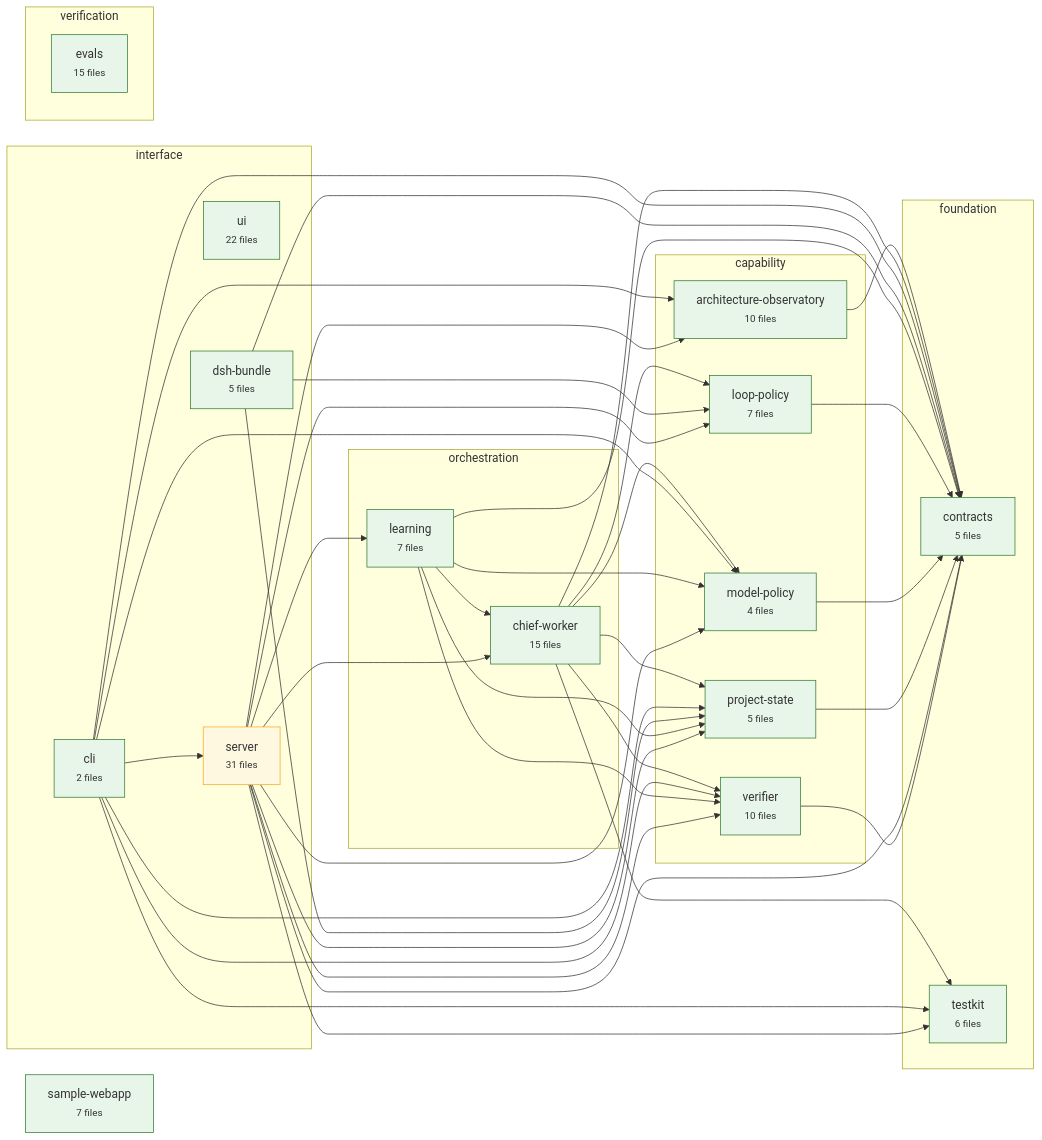
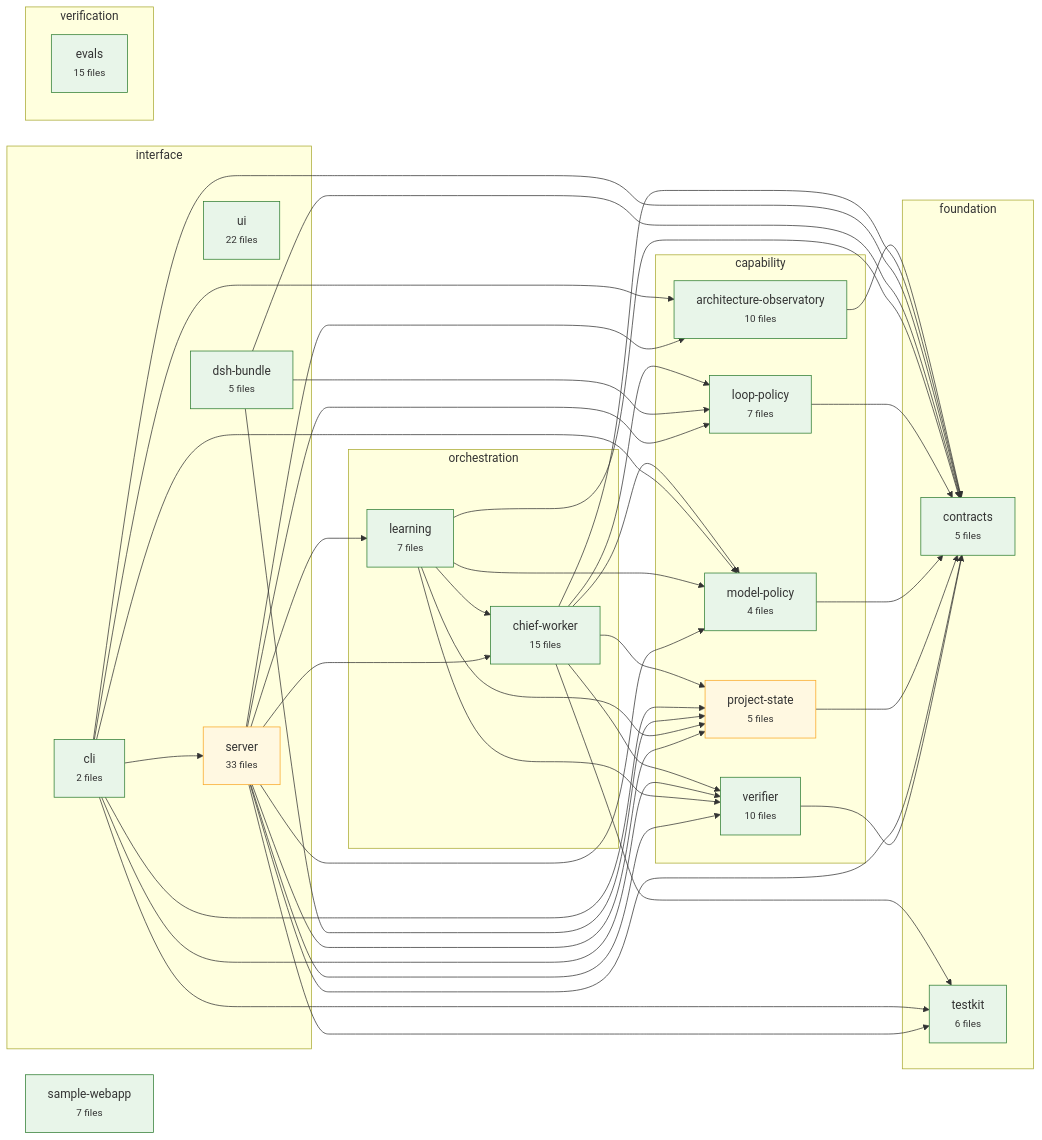
The diagram in .architecture/graph.mmd (CharAzinabulu0079/dgx-super-agent), drawn with Mermaid before and after one commit. The commit also changed 10 other files, not shown here.

```diff
--- a/.architecture/graph.mmd
+++ b/.architecture/graph.mmd
@@ -1,81 +1,81 @@
 flowchart LR
   subgraph layer_foundation["foundation"]
     contracts["contracts<br/><small>5 files</small>"]
     testkit["testkit<br/><small>6 files</small>"]
   end
   subgraph layer_capability["capability"]
     project_state["project-state<br/><small>5 files</small>"]
     verifier["verifier<br/><small>10 files</small>"]
     loop_policy["loop-policy<br/><small>7 files</small>"]
     model_policy["model-policy<br/><small>4 files</small>"]
     architecture_observatory["architecture-observatory<br/><small>10 files</small>"]
   end
   subgraph layer_orchestration["orchestration"]
     learning["learning<br/><small>7 files</small>"]
     chief_worker["chief-worker<br/><small>15 files</small>"]
   end
   subgraph layer_interface["interface"]
-    server["server<br/><small>31 files</small>"]
+    server["server<br/><small>33 files</small>"]
     cli["cli<br/><small>2 files</small>"]
     ui["ui<br/><small>22 files</small>"]
     dsh_bundle["dsh-bundle<br/><small>5 files</small>"]
   end
   subgraph layer_verification["verification"]
     evals["evals<br/><small>15 files</small>"]
   end
   sample_webapp["sample-webapp<br/><small>7 files</small>"]
   architecture_observatory --> contracts
   chief_worker --> contracts
   chief_worker --> loop_policy
   chief_worker --> model_policy
   chief_worker --> project_state
   chief_worker --> testkit
   chief_worker --> verifier
   cli --> architecture_observatory
   cli --> contracts
   cli --> model_policy
   cli --> project_state
   cli --> server
   cli --> testkit
   cli --> verifier
   dsh_bundle --> contracts
   dsh_bundle --> loop_policy
   dsh_bundle --> project_state
   learning --> chief_worker
   learning --> contracts
   learning --> model_policy
   learning --> project_state
   learning --> verifier
   loop_policy --> contracts
   model_policy --> contracts
   project_state --> contracts
   server --> architecture_observatory
   server --> chief_worker
   server --> contracts
   server --> learning
   server --> loop_policy
   server --> model_policy
   server --> project_state
   server --> testkit
   server --> verifier
   verifier --> contracts
   classDef stable fill:#e8f5e9,stroke:#2e7d32
   classDef changing fill:#fff8e1,stroke:#f9a825
   classDef worker_active fill:#e3f2fd,stroke:#1565c0
   classDef gate_failed fill:#ffebee,stroke:#c62828
   classDef protected stroke:#6a1b9a,stroke-width:3px
   class contracts stable
   class testkit stable
-  class project_state stable
+  class project_state changing
   class verifier stable
   class loop_policy stable
   class model_policy stable
   class architecture_observatory stable
   class learning stable
   class chief_worker stable
   class server changing
   class cli stable
   class ui stable
   class dsh_bundle stable
   class evals stable
   class sample_webapp stable
```
